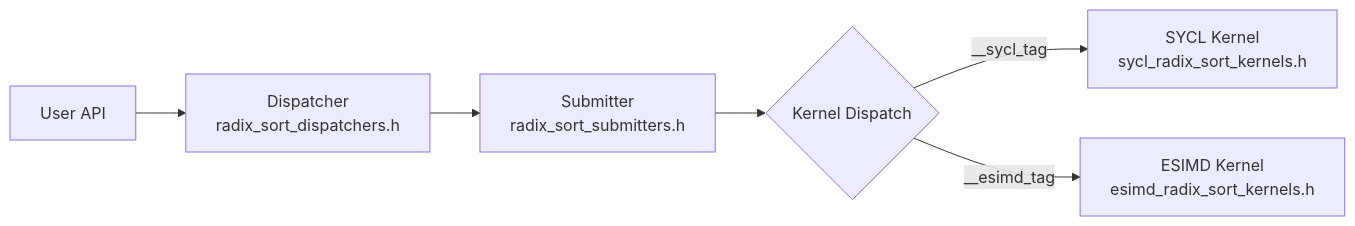
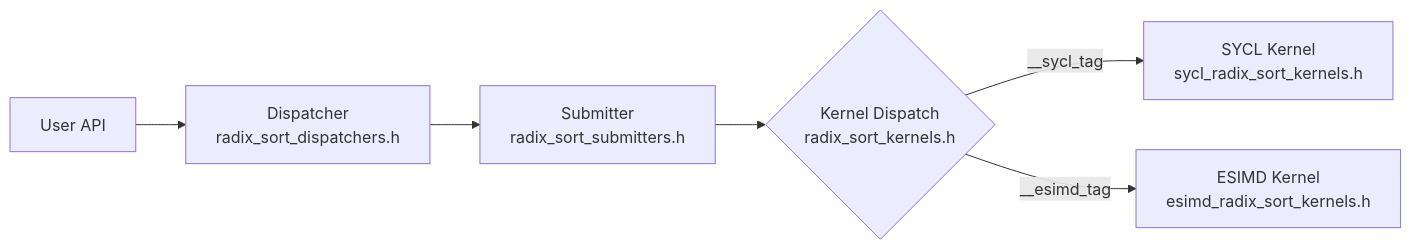
Before and after one commit to uxlfoundation/oneDPL: the third of 3 diagrams in rfcs/experimental/kernel_templates/radix_sort_esimd_sycl/README.md, drawn with Mermaid. The commit also changed other lines of this file, not shown here.

````diff
--- a/rfcs/experimental/kernel_templates/radix_sort_esimd_sycl/README.md
+++ b/rfcs/experimental/kernel_templates/radix_sort_esimd_sycl/README.md
@@ -234,8 +244,8 @@
 ```mermaid
 graph LR
     A[User API] --> B[Dispatcher<br/>radix_sort_dispatchers.h]
     B --> C[Submitter<br/>radix_sort_submitters.h]
-    C --> D{Kernel Dispatch}
+    C --> D{Kernel Dispatch<br/>radix_sort_kernels.h}
     D -->|__sycl_tag| E[SYCL Kernel<br/>sycl_radix_sort_kernels.h]
     D -->|__esimd_tag| F[ESIMD Kernel<br/>esimd_radix_sort_kernels.h]
 ```
````
